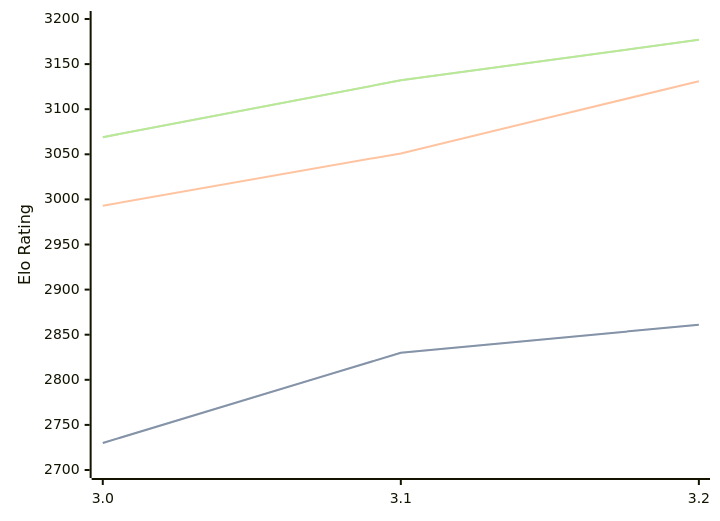
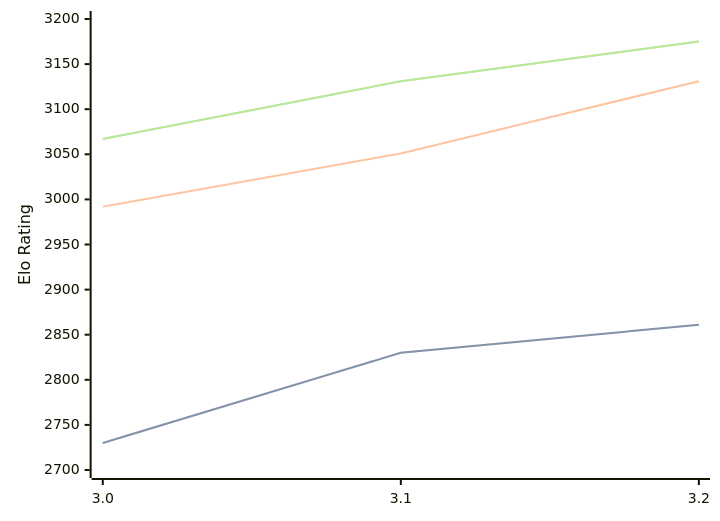
The diagram in engines/Vajolet2.md (computer-chess-index/cci), drawn with Mermaid before and after one commit. The commit also changed other lines of this file, not shown here.

Commit message:
Update CCI Ratings (ELO VLTC) - 2026-09-01

````diff
--- a/engines/Vajolet2.md
+++ b/engines/Vajolet2.md
@@ -33,11 +33,11 @@
 ```mermaid
 %%{init: {"theme":"base","themeVariables":{"seriesColors:['#a3a3a3','#222221','#faa371']}}}%%
 xychart-beta
   x-axis ["3.0", "3.1", "3.2"]
   y-axis "Elo Rating" 2700 --> 3200
   line "" [2730, 2830, 2861]
   line "STC (8.0+0.08s)" [2730, 2830, 2861]
-  line "LTC (60.0+0.60s)" [2993, 3051, 3131]
-  line "" [3069, 3132, 3177]
-  line "VLTC (2m24s+1.12s)" [3069, 3132, 3177]
+  line "LTC (60.0+0.60s)" [2992, 3051, 3131]
+  line "" [3067, 3131, 3175]
+  line "VLTC (2m24s+1.12s)" [3067, 3131, 3175]
 ```
````
